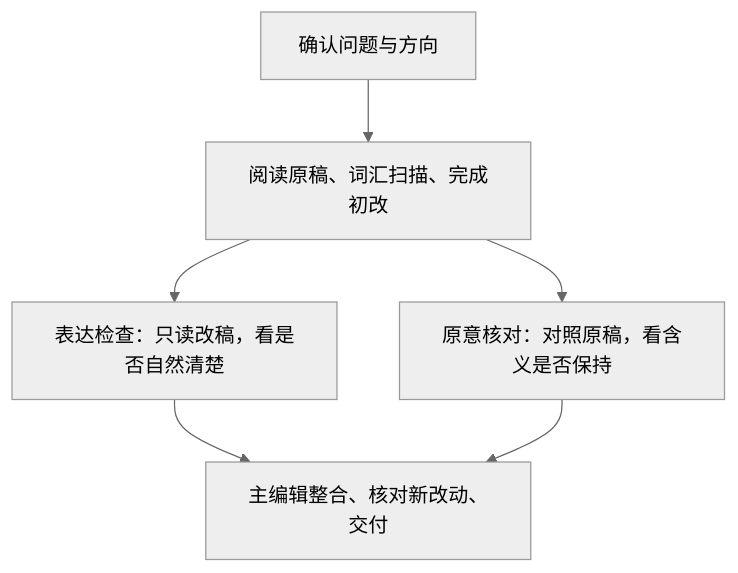
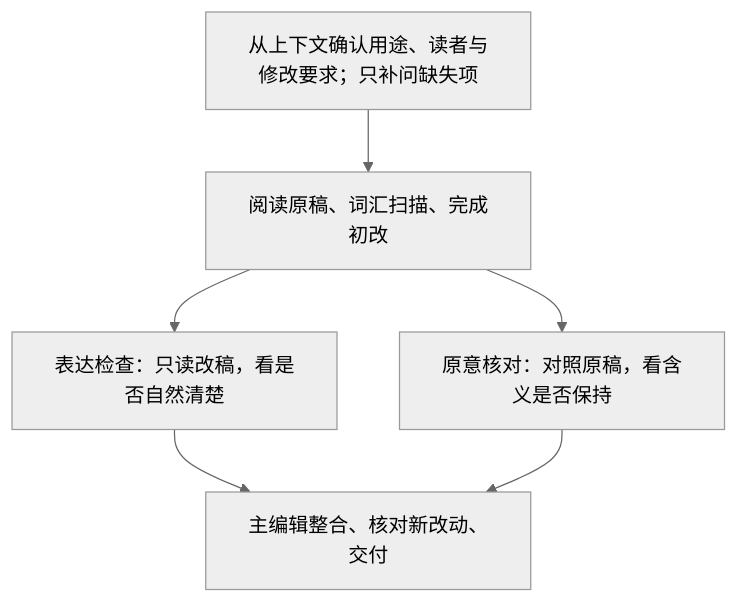
The diagram in README.md (Rimagination/easyunslop), drawn with Mermaid (neutral theme) before and after one commit. The commit also changed other lines of this file and 5 other files, not shown here.

````diff
--- a/README.md
+++ b/README.md
@@ -145,8 +145,8 @@
 ```mermaid
 flowchart TD
-    A["确认问题与方向"] --> B["阅读原稿、词汇扫描、完成初改"]
+    A["从上下文确认用途、读者与修改要求；只补问缺失项"] --> B["阅读原稿、词汇扫描、完成初改"]
     B --> C["表达检查：只读改稿，看是否自然清楚"]
     B --> D["原意核对：对照原稿，看含义是否保持"]
     C --> E["主编辑整合、核对新改动、交付"]
     D --> E
 ```
````
